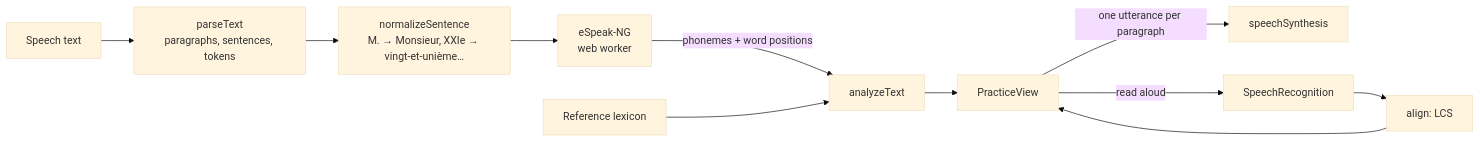
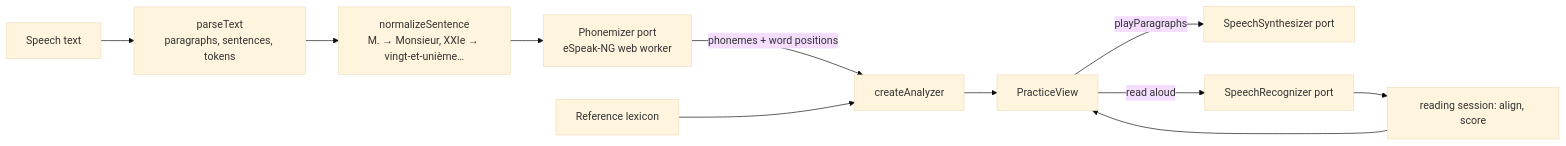
The second of 2 diagrams in README.md (himito/discours), drawn with Mermaid (base theme) before and after one commit. The commit also changed other lines of this file and 101 other files, not shown here.

First line of the commit message:
feat: implement ports and adapters architecture

````diff
--- a/README.md
+++ b/README.md
@@ -152,12 +204,12 @@
 ```mermaid
 flowchart LR
   T[Speech text] --> P[parseText<br/>paragraphs, sentences, tokens]
   P --> N[normalizeSentence<br/>M. → Monsieur, XXIe → vingt-et-unième…]
-  N --> W[eSpeak-NG<br/>web worker]
-  W -->|phonemes + word positions| A[analyzeText]
+  N --> W[Phonemizer port<br/>eSpeak-NG web worker]
+  W -->|phonemes + word positions| A[createAnalyzer]
   L[Reference lexicon] --> A
   A --> V[PracticeView]
-  V -->|one utterance per paragraph| S[speechSynthesis]
-  V -->|read aloud| R[SpeechRecognition]
-  R --> AL[align: LCS] --> V
+  V -->|playParagraphs| S[SpeechSynthesizer port]
+  V -->|read aloud| R[SpeechRecognizer port]
+  R --> AL[reading session: align, score] --> V
 ```
````
